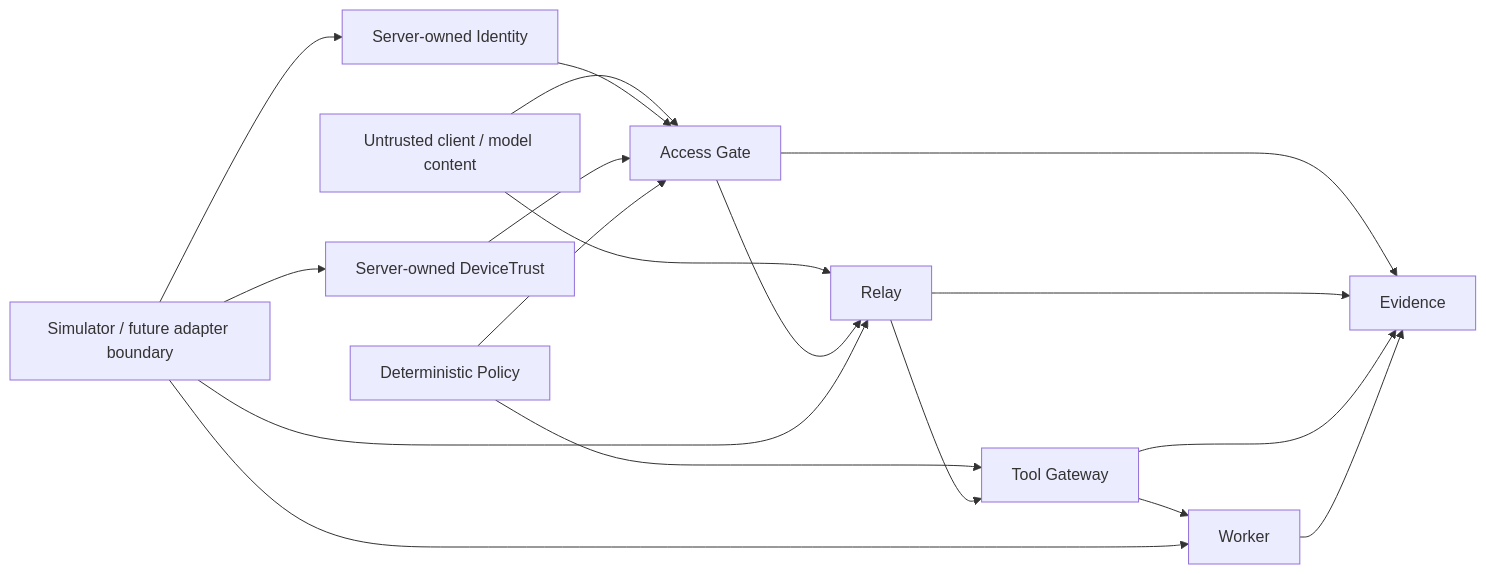
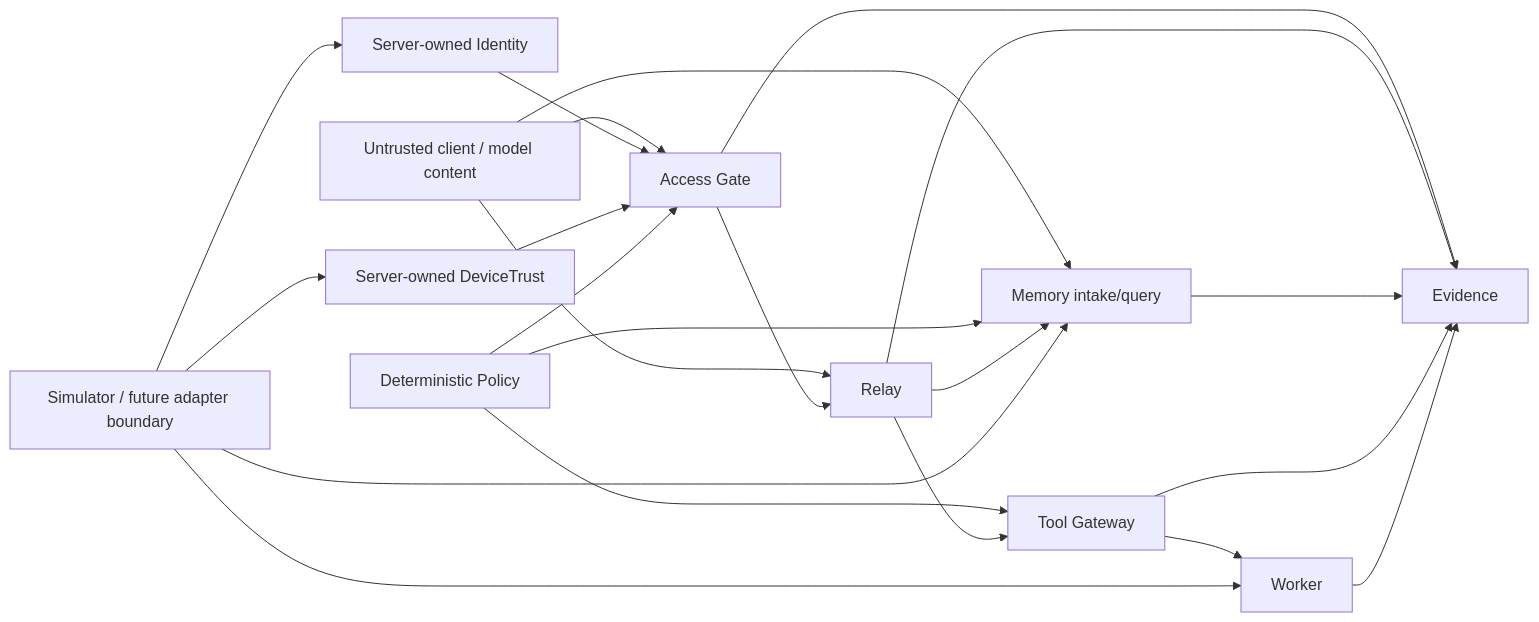
The diagram in THREAT_MODEL.md (GrimClawBot/Pixel-HQ-OSS), drawn with Mermaid before and after one commit. The commit also changed other lines of this file and 21 other files, not shown here.

````diff
--- a/THREAT_MODEL.md
+++ b/THREAT_MODEL.md
@@ -29,24 +28,28 @@
 ```mermaid
 flowchart LR
     U[Untrusted client / model content] --> AG[Access Gate]
     U --> R[Relay]
+    U --> M[Memory intake/query]
 
     ID[Server-owned Identity] --> AG
     DT[Server-owned DeviceTrust] --> AG
     P[Deterministic Policy] --> AG
+    P --> M
     P --> TG[Tool Gateway]
 
     AG --> R
+    R --> M
     R --> TG
     TG --> W[Worker]
 
     SA[Simulator / future adapter boundary] --> ID
     SA --> DT
-    SA --> R
+    SA --> M
     SA --> W
 
     AG --> E[Evidence]
     R --> E
+    M --> E
     TG --> E
     W --> E
 ```
````
